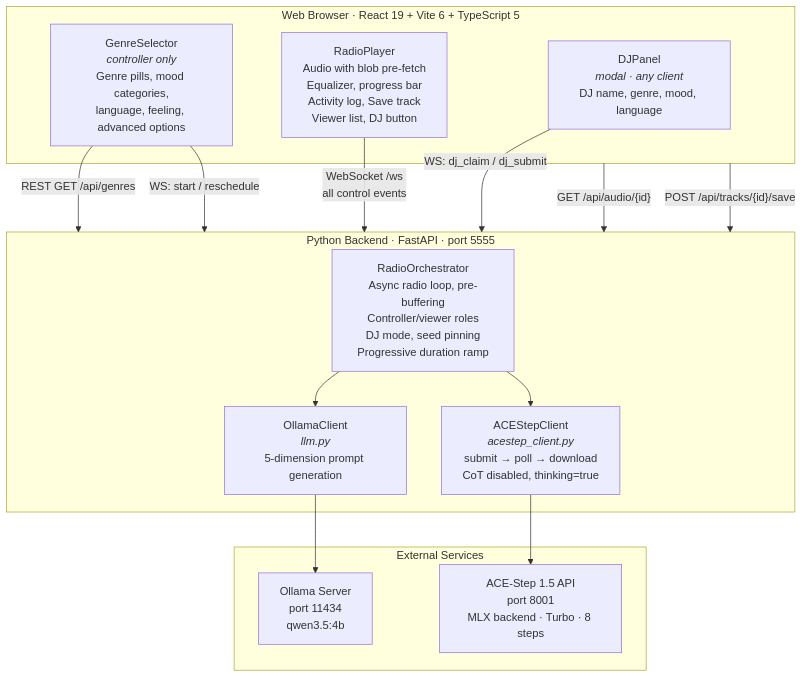
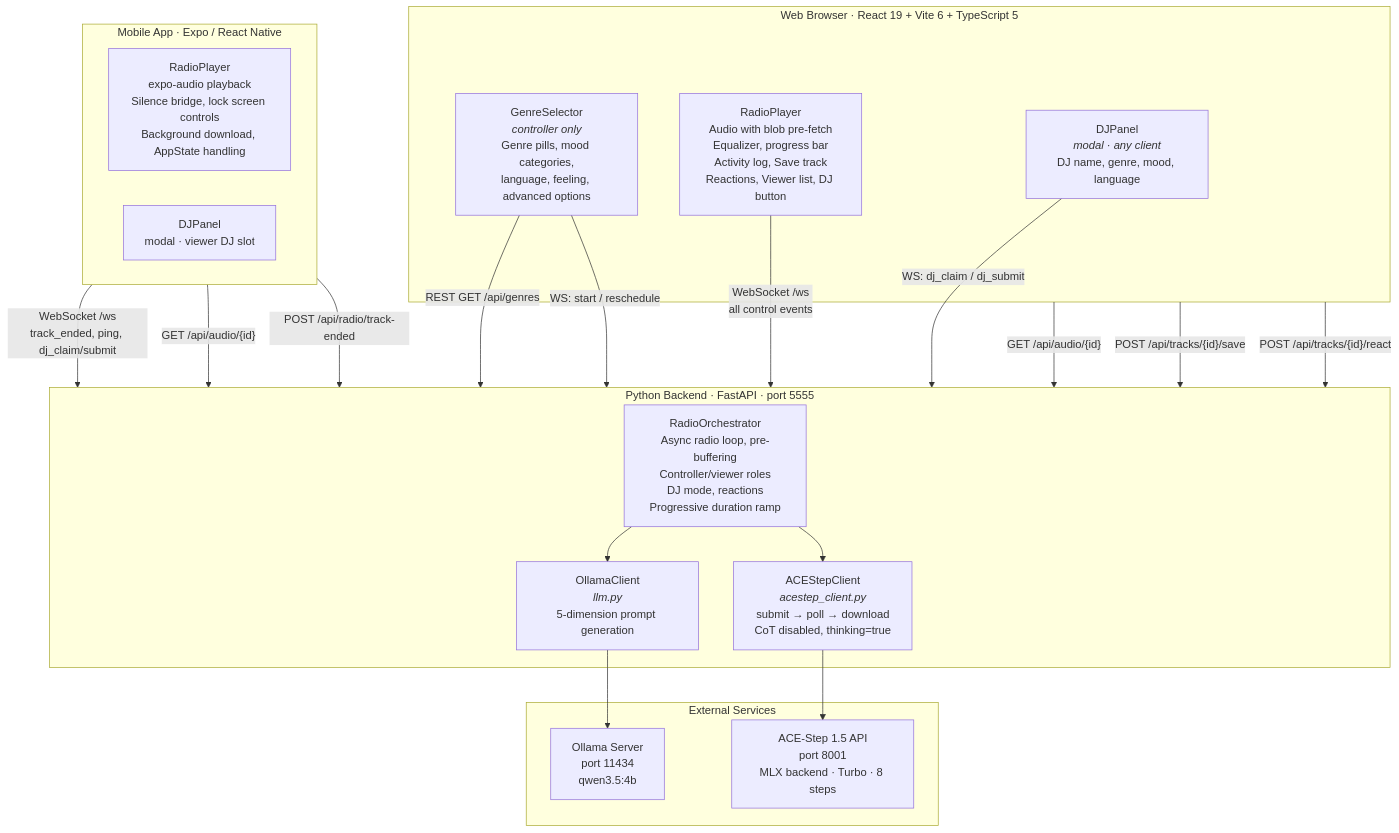
Before and after one commit to scramblerlab/generative-radio: the first of 2 diagrams in BUILD_SPEC.md, drawn with Mermaid. The commit also changed other lines of this file and 1 other file, not shown here.

First line of the commit message:
docs: update README and BUILD_SPEC to v4 with mobile app and reactions

````diff
--- a/BUILD_SPEC.md
+++ b/BUILD_SPEC.md
@@ -65,30 +69,39 @@
 ```mermaid
 graph TD
     subgraph Browser["Web Browser · React 19 + Vite 6 + TypeScript 5"]
         GS["GenreSelector<br/><i>controller only</i><br/>Genre pills, mood categories,<br/>language, feeling, advanced options"]
-        RP["RadioPlayer<br/>Audio with blob pre-fetch<br/>Equalizer, progress bar<br/>Activity log, Save track<br/>Viewer list, DJ button"]
+        RP["RadioPlayer<br/>Audio with blob pre-fetch<br/>Equalizer, progress bar<br/>Activity log, Save track<br/>Reactions, Viewer list, DJ button"]
         DJ["DJPanel<br/><i>modal · any client</i><br/>DJ name, genre, mood, language"]
     end
 
+    subgraph Mobile["Mobile App · Expo / React Native"]
+        MRP["RadioPlayer<br/>expo-audio playback<br/>Silence bridge, lock screen controls<br/>Background download, AppState handling"]
+        MDJ["DJPanel<br/>modal · viewer DJ slot"]
+    end
+
     subgraph Backend["Python Backend · FastAPI · port 5555"]
-        RO["RadioOrchestrator<br/>Async radio loop, pre-buffering<br/>Controller/viewer roles<br/>DJ mode, seed pinning<br/>Progressive duration ramp"]
+        RO["RadioOrchestrator<br/>Async radio loop, pre-buffering<br/>Controller/viewer roles<br/>DJ mode, reactions<br/>Progressive duration ramp"]
         OC["OllamaClient<br/><i>llm.py</i><br/>5-dimension prompt generation"]
         AC["ACEStepClient<br/><i>acestep_client.py</i><br/>submit → poll → download<br/>CoT disabled, thinking=true"]
         RO --> OC
         RO --> AC
     end
 
     subgraph External["External Services"]
         Ollama["Ollama Server<br/>port 11434<br/>qwen3.5:4b"]
         ACEStep["ACE-Step 1.5 API<br/>port 8001<br/>MLX backend · Turbo · 8 steps"]
     end
 
     GS -- "REST GET /api/genres" --> Backend
     RP -- "WebSocket /ws<br/>all control events" --> Backend
     GS -- "WS: start / reschedule" --> Backend
     DJ -- "WS: dj_claim / dj_submit" --> Backend
     Browser -- "GET /api/audio/{id}" --> Backend
     Browser -- "POST /api/tracks/{id}/save" --> Backend
+    Browser -- "POST /api/tracks/{id}/react" --> Backend
+    Mobile -- "WebSocket /ws<br/>track_ended, ping, dj_claim/submit" --> Backend
+    Mobile -- "GET /api/audio/{id}" --> Backend
+    Mobile -- "POST /api/radio/track-ended" --> Backend
     OC --> Ollama
     AC --> ACEStep
 ```
````
